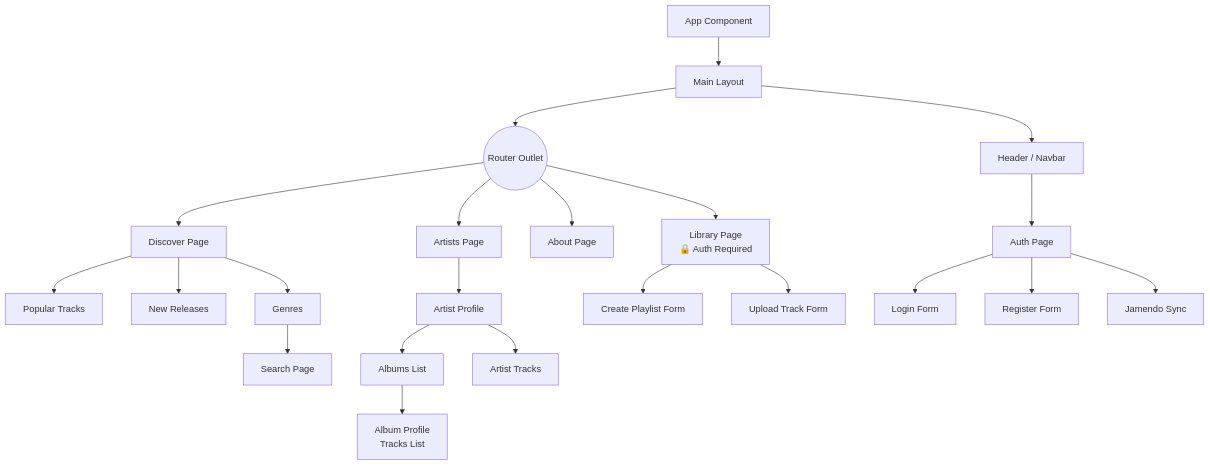
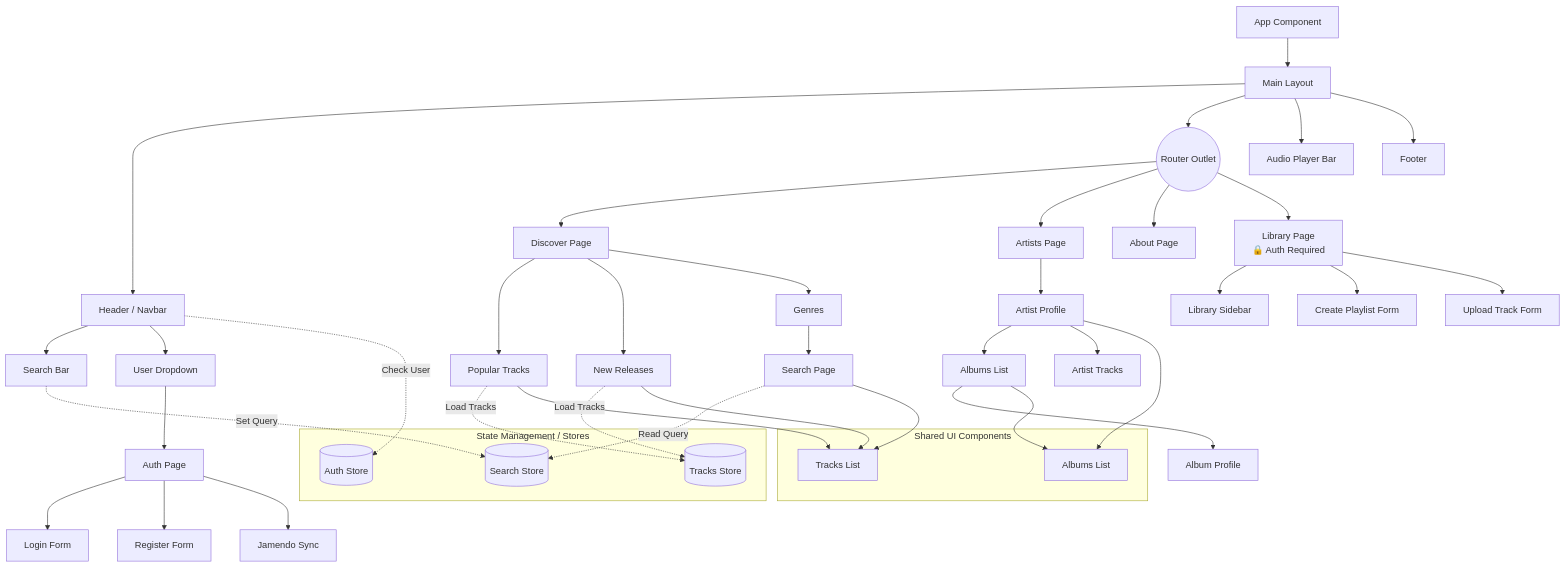
One commit to evgeniia-korolova/ng-music-flow changed the diagram in client/docs/architecture/diagram.md. Above: the diagram before and after it, drawn with Mermaid.

Commit message:
docs: change component relationship diagram

````diff
--- a/client/docs/architecture/diagram.md
+++ b/client/docs/architecture/diagram.md
@@ -1,35 +1,72 @@
 ```mermaid
 graph TD
+    %% State Management (Stores)
+    subgraph State [State Management / Stores]
+        AuthStore[(Auth Store)]
+        TrackStore[(Tracks Store)]
+        SearchStore[(Search Store)]
+    end
+
     App[App Component] --> MainLayout[Main Layout]
 
+    %% Global Layout Widgets
     MainLayout --> Header[Header / Navbar]
     MainLayout --> RouterOutlet((Router Outlet))
+    MainLayout --> AudioPlayer[Audio Player Bar]
+    MainLayout --> Footer[Footer]
+
+    %% Header Logic
+    Header --> SearchBar[Search Bar]
+    Header --> UserMenu[User Dropdown]
+
+    %% Data Flow from Header
+    SearchBar -.->|Set Query| SearchStore
+    Header -.->|Check User| AuthStore
 
     %% Main Pages (Routes)
     RouterOutlet --> Discover[Discover Page]
     RouterOutlet --> Artists[Artists Page]
     RouterOutlet --> About[About Page]
     RouterOutlet --> Library[Library Page <br> 🔒 Auth Required]
 
+    %% Shared UI Components
+    subgraph SharedUI [Shared UI Components]
+        TracksList[Tracks List]
+        AlbumsList[Albums List]
+    end
+
     %% Discover Branch
     Discover --> Popular[Popular Tracks]
     Discover --> NewRel[New Releases]
     Discover --> Genres[Genres]
     Genres --> SearchPage[Search Page]
 
+    %% Discover Data & UI Flow
+    Popular -.->|Load Tracks| TrackStore
+    NewRel -.->|Load Tracks| TrackStore
+    SearchPage -.->|Read Query| SearchStore
+
+    Popular --> TracksList
+    NewRel --> TracksList
+    SearchPage --> TracksList
+
     %% Artists Branch
     Artists --> ArtistProfile[Artist Profile]
     ArtistProfile --> Albums[Albums List]
     ArtistProfile --> ArtistTracks[Artist Tracks]
-    Albums --> AlbumProfile[Album Profile <br> Tracks List]
+    Albums --> AlbumProfile[Album Profile]
+
+    ArtistProfile --> AlbumsList
+    Albums --> AlbumsList
 
     %% Library Branch (Your work)
+    Library --> LibSidebar[Library Sidebar]
     Library --> CreatePlaylist[Create Playlist Form]
     Library --> UploadTrack[Upload Track Form]
 
-    %% Auth Branch (from Header)
-    Header --> Auth[Auth Page]
+    %% Auth Branch
+    UserMenu --> Auth[Auth Page]
     Auth --> Login[Login Form]
     Auth --> Register[Register Form]
     Auth --> Jamendo[Jamendo Sync]
 ```
````
